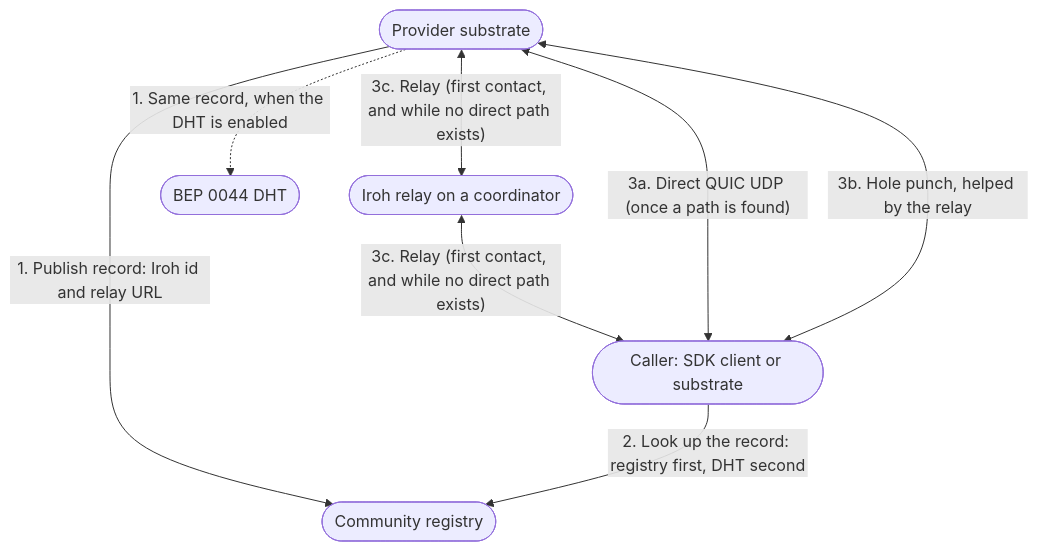
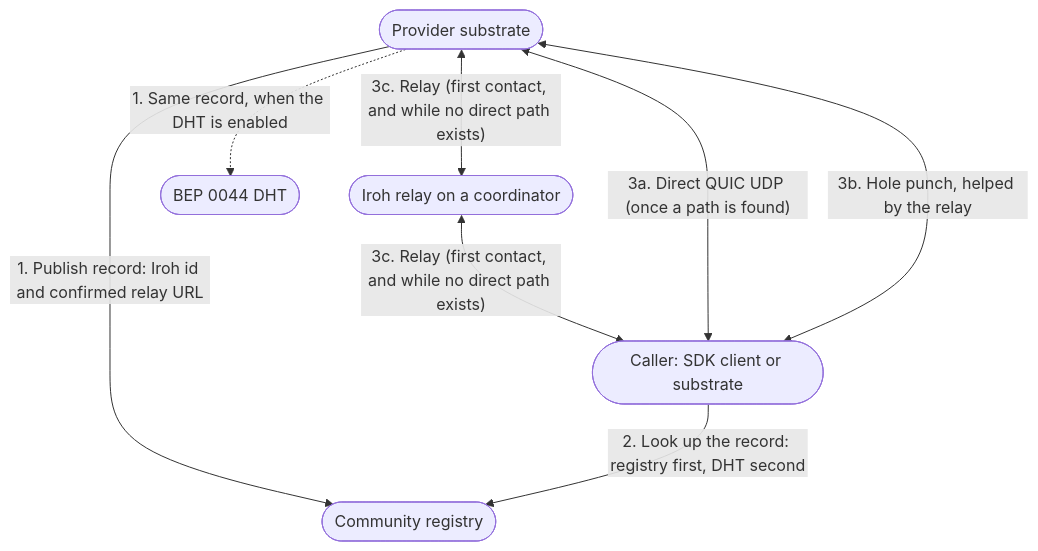
Before and after one commit to syneroym/syneroym: the third of 23 diagrams in docs/system-architecture.md, drawn with Mermaid. The commit also changed other lines of this file and 53 other files, not shown here.

````diff
--- a/docs/system-architecture.md
+++ b/docs/system-architecture.md
@@ -258,17 +258,17 @@
 ```mermaid
 flowchart TD
     A([Provider substrate])
     B([Caller: SDK client or substrate])
     R([Iroh relay on a coordinator])
     REG([Community registry])
     DHT([BEP 0044 DHT])
 
-    A -->|"1. Publish record: Iroh id and relay URL"| REG
+    A -->|"1. Publish record: Iroh id and confirmed relay URL"| REG
     A -.->|"1. Same record, when the DHT is enabled"| DHT
     B -->|"2. Look up the record: registry first, DHT second"| REG
 
     B <-->|"3a. Direct QUIC UDP (once a path is found)"| A
     B <-->|"3b. Hole punch, helped by the relay"| A
     A <-->|"3c. Relay (first contact, and while no direct path exists)"| R
     R <-->|"3c. Relay (first contact, and while no direct path exists)"| B
 ```
````
